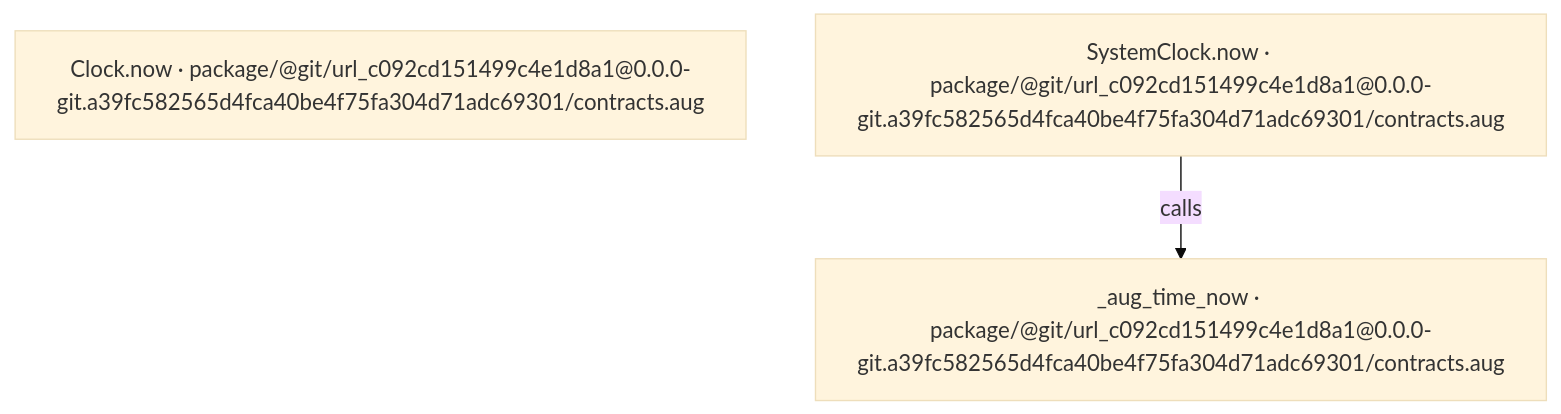
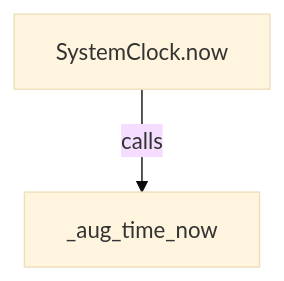
The second of 3 diagrams in docs/examples/oidc-login/dependencies/packages/@git/url_c092cd151499c4e1d8a1/0.0.0-git.a39fc582565d4fca40be4f75fa304d71adc69301/contracts-diagrams.md (GreenPandaStudios/augscript), drawn with Mermaid (base theme) before and after one commit. The commit also changed other lines of this file and 524 other files, not shown here.

Commit message:
Explain checked data flow at folder and service levels

````diff
--- a/docs/examples/oidc-login/dependencies/packages/@git/url_c092cd151499c4e1d8a1/0.0.0-git.a39fc582565d4fca40be4f75fa304d71adc69301/contracts-diagrams.md
+++ b/docs/examples/oidc-login/dependencies/packages/@git/url_c092cd151499c4e1d8a1/0.0.0-git.a39fc582565d4fca40be4f75fa304d71adc69301/contracts-diagrams.md
@@ -30,7 +30,6 @@
 ```mermaid
 flowchart TD
-    n0["Clock.now · package/@git/url_c092cd151499c4e1d8a1@0.0.0-git.a39fc582565d4fca40be4f75fa304d71adc69301/contracts.aug"]
-    n1["SystemClock.now · package/@git/url_c092cd151499c4e1d8a1@0.0.0-git.a39fc582565d4fca40be4f75fa304d71adc69301/contracts.aug"]
-    n2["_aug_time_now · package/@git/url_c092cd151499c4e1d8a1@0.0.0-git.a39fc582565d4fca40be4f75fa304d71adc69301/contracts.aug"]
-    n1 -->|"calls"| n2
+    n0["SystemClock.now"]
+    n1["_aug_time_now"]
+    n0 -->|"calls"| n1
 ```
````
